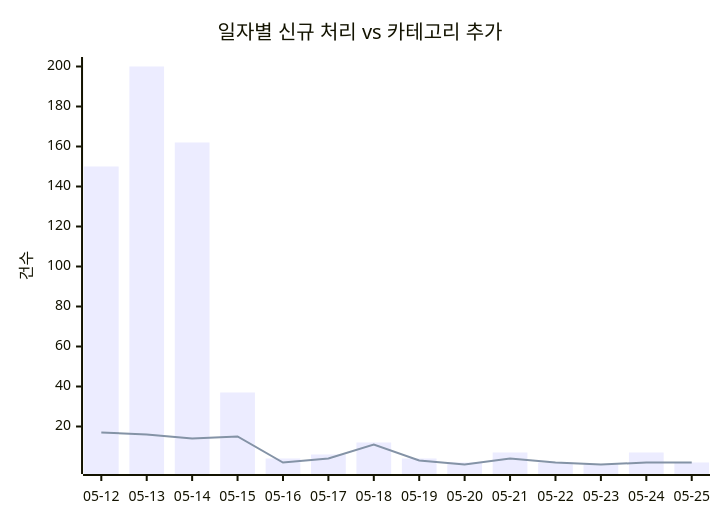
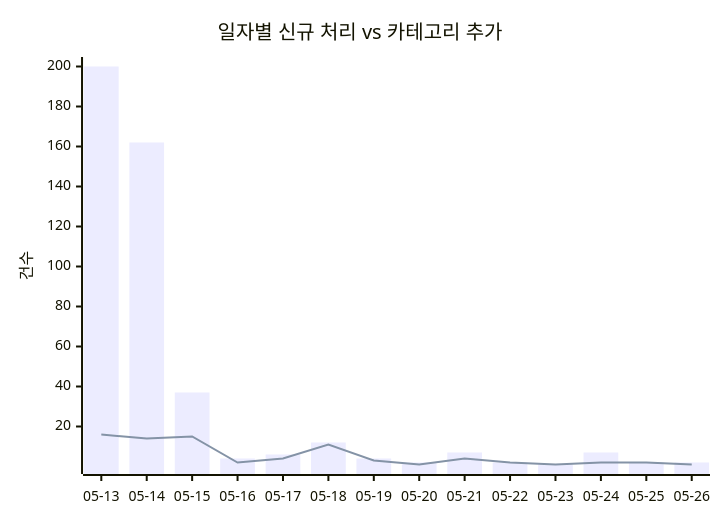
Before and after one commit to J-nowcow/awesome-korean-agent-skills: the first of 2 diagrams in docs/trends.md, drawn with Mermaid. The commit also changed other lines of this file and 4 other files, not shown here.

````diff
--- a/docs/trends.md
+++ b/docs/trends.md
@@ -32,8 +32,8 @@
 ```mermaid
 xychart-beta
     title "일자별 신규 처리 vs 카테고리 추가"
-    x-axis ["05-12","05-13","05-14","05-15","05-16","05-17","05-18","05-19","05-20","05-21","05-22","05-23","05-24","05-25"]
+    x-axis ["05-13","05-14","05-15","05-16","05-17","05-18","05-19","05-20","05-21","05-22","05-23","05-24","05-25","05-26"]
     y-axis "건수"
-    bar [150,200,162,37,4,6,12,4,2,7,2,1,7,2]
-    line [17,16,14,15,2,4,11,3,1,4,2,1,2,2]
+    bar [200,162,37,4,6,12,4,2,7,2,1,7,2,2]
+    line [16,14,15,2,4,11,3,1,4,2,1,2,2,1]
 ```
````
